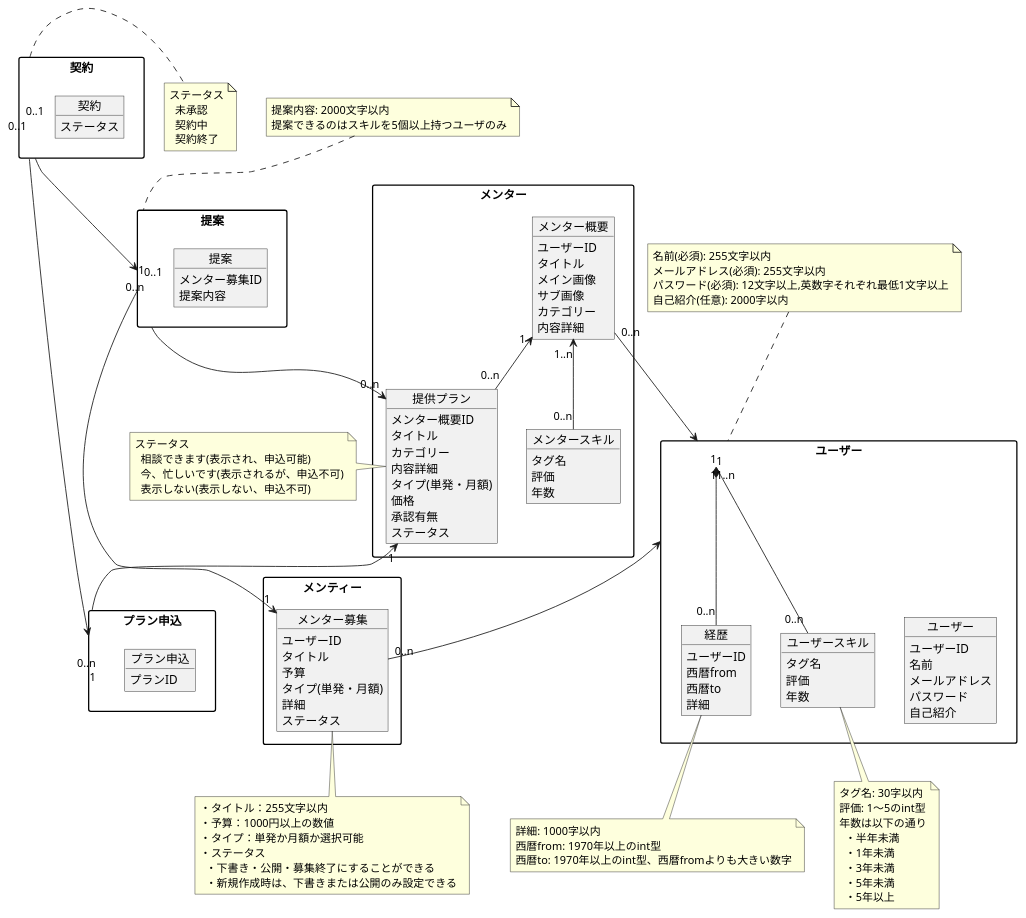
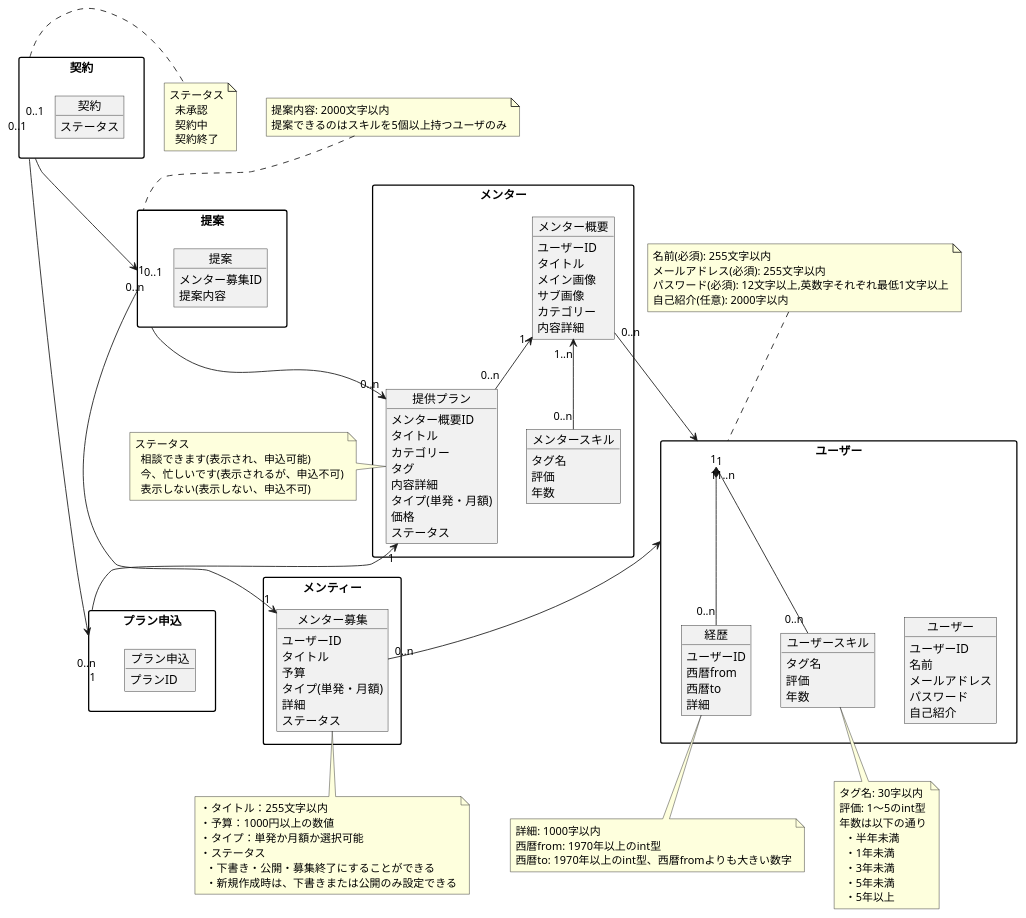
Before and after one commit to naoyakurokawa/ddd_menta: the diagram in document/domain_model_diagram.pu, drawn with PlantUML. The commit also changed 12 other files, not shown here.

```diff
--- a/document/domain_model_diagram.pu
+++ b/document/domain_model_diagram.pu
@@ -1,146 +1,146 @@
 @startuml
 skinparam packageStyle rectangle
 
 package ユーザー {
   object ユーザー {
     ユーザーID
     名前
     メールアドレス
     パスワード
     自己紹介
   }
 
   object 経歴 {
     ユーザーID
     西暦from
     西暦to
     詳細
   }
 
   object ユーザースキル {
     タグ名
     評価
     年数
   }
 }
 
 ユーザー "1" *-- "0..n" 経歴
 note top of ユーザー
 名前(必須): 255文字以内
 メールアドレス(必須): 255文字以内
 パスワード(必須): 12文字以上,英数字それぞれ最低1文字以上
 自己紹介(任意): 2000字以内
 end note
 
 note bottom of 経歴
 詳細: 1000字以内
 西暦from: 1970年以上のint型
 西暦to: 1970年以上のint型、西暦fromよりも大きい数字
 end note
 
 note bottom of ユーザースキル
 タグ名: 30字以内
 評価: 1〜5のint型
 年数は以下の通り
   ・半年未満
   ・1年未満
   ・3年未満
   ・5年未満
   ・5年以上
 end note
 
 package メンター {
   object メンター概要 {
     ユーザーID
     タイトル
     メイン画像
     サブ画像
     カテゴリー
     内容詳細
   }
 
   object 提供プラン {
     メンター概要ID
     タイトル
     カテゴリー
+    タグ
     内容詳細
     タイプ(単発・月額)
     価格
-    承認有無
     ステータス
   }
 
   object メンタースキル {
     タグ名
     評価
     年数
   }
 }
 
 package 提案 {
   object 提案 {
     メンター募集ID
     提案内容
   }
 }
 
 note top of 提案
 提案内容: 2000文字以内
 提案できるのはスキルを5個以上持つユーザのみ
 end note
 
 note left of 提供プラン
 ステータス
   相談できます(表示され、申込可能)
   今、忙しいです(表示されるが、申込不可)
   表示しない(表示しない、申込不可)
 end note
 
 ユーザー "1..n" -- "0..n" ユーザースキル
 メンター概要 "1..n" <-- "0..n" メンタースキル
 メンター概要 "1" <-- "0..n" 提供プラン
 メンター概要 "0..n" --> "1" ユーザー
 提案 "0..1" --> "0..n" 提供プラン
 
 package メンティー {
   object メンター募集 {
     ユーザーID
     タイトル
     予算
     タイプ(単発・月額)
     詳細
     ステータス
   }
 }
 package プラン申込 {
   object プラン申込 {
     プランID
   }
 }
 note bottom of メンター募集
 ・タイトル：255文字以内
 ・予算：1000円以上の数値
 ・タイプ：単発か月額か選択可能
 ・ステータス
   ・下書き・公開・募集終了にすることができる
   ・新規作成時は、下書きまたは公開のみ設定できる
 end note
 ユーザー "1" <-- "0..n" メンター募集
 提供プラン "1" <-- "0..n" プラン申込
 提案 "0..n" --> "1" メンター募集
 
 package 契約 {
   object 契約 {
     ステータス
   }
 }
 note right of 契約
 ステータス
   未承認
   契約中
   契約終了
 end note
 契約 "0..1" --> "1" 提案
 契約 "0..1" --> "1" プラン申込
 
 @enduml
```
